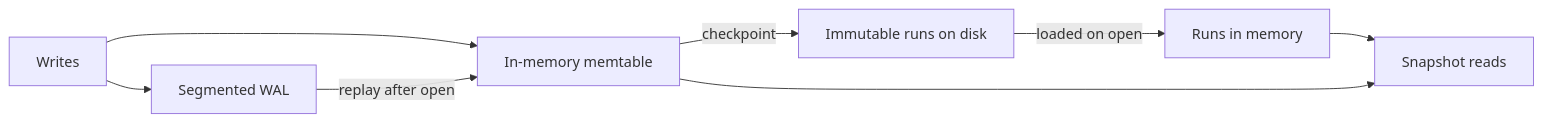
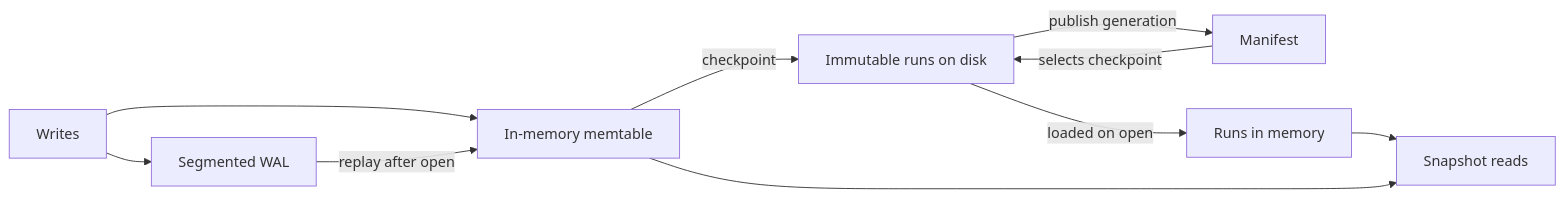
One commit to alvoki/alvoki-lean changed the diagram in README.md. Above: the diagram before and after it, drawn with Mermaid. The commit also changed other lines of this file and 2 other files, not shown here.

````diff
--- a/README.md
+++ b/README.md
@@ -9,10 +9,12 @@
 ```mermaid
 flowchart LR
     W[Writes] --> WAL[Segmented WAL]
     W --> M[In-memory memtable]
     M -->|checkpoint| R[Immutable runs on disk]
+    R -->|publish generation| P[Manifest]
+    P -->|selects checkpoint| R
     R -->|loaded on open| RAM[Runs in memory]
     WAL -->|replay after open| M
     RAM --> Q[Snapshot reads]
     M --> Q
 ```
````
